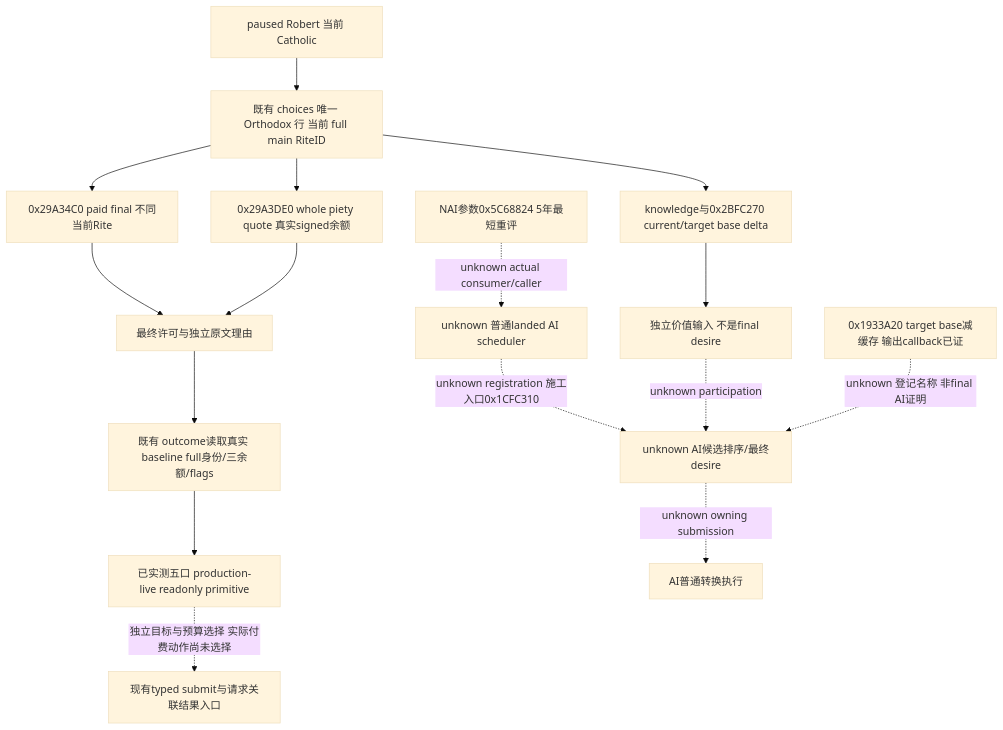
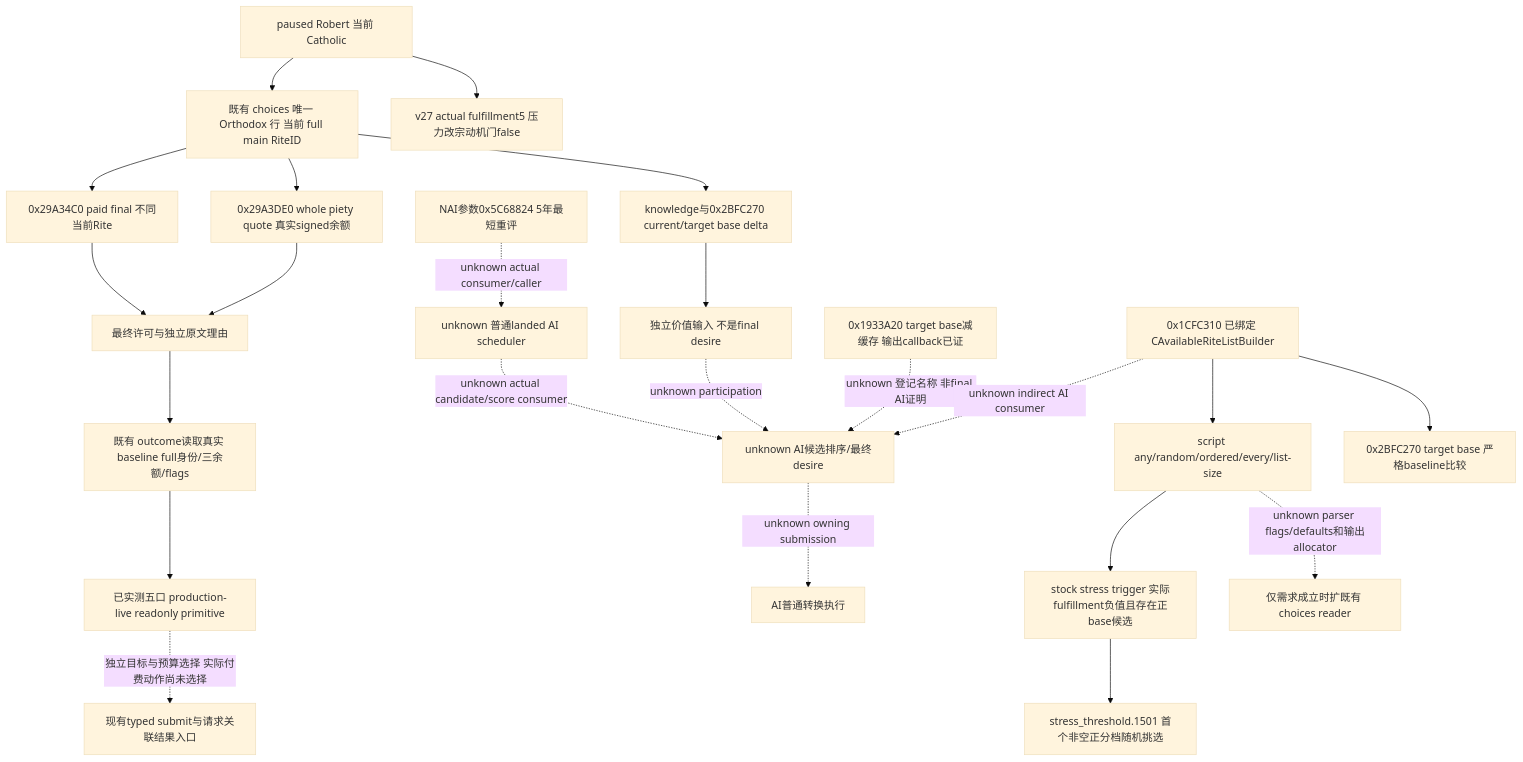
One commit to XenoAmess/ck3_eternal_recurrence changed the diagram in docs/ck3-native-ai/religion-conversion-native-ai-12003.md. Above: the diagram before and after it, drawn with Mermaid (base theme). The commit also changed other lines of this file and 13 other files, not shown here.

````diff
--- a/docs/ck3-native-ai/religion-conversion-native-ai-12003.md
+++ b/docs/ck3-native-ai/religion-conversion-native-ai-12003.md
@@ -79,18 +93,25 @@
 ```mermaid
 flowchart TD
     R[paused Robert 当前 Catholic] --> C[既有 choices 唯一 Orthodox 行 当前 full main RiteID]
     C --> G[0x29A34C0 paid final 不同当前Rite]
     C --> P[0x29A3DE0 whole piety quote 真实signed余额]
     C --> I[knowledge与0x2BFC270 current/target base delta]
     G --> T[最终许可与独立原文理由]
     P --> T
     I --> V[独立价值输入 不是final desire]
     T --> B[既有 outcome读取真实 baseline full身份/三余额/flags]
     B --> L[已实测五口 production-live readonly primitive]
     D[NAI参数0x5C68824 5年最短重评] -. unknown actual consumer/caller .-> S[unknown 普通landed AI scheduler]
-    S -. unknown registration 施工入口0x1CFC310 .-> A[unknown AI候选排序/最终desire]
+    S -. unknown actual candidate/score consumer .-> A[unknown AI候选排序/最终desire]
     V -. unknown participation .-> A
     A -. unknown owning submission .-> O[AI普通转换执行]
     U[0x1933A20 target base减缓存 输出callback已证] -. unknown 登记名称 非final AI证明 .-> A
+    K[0x1CFC310 已绑定 CAvailableRiteListBuilder] --> Q[script any/random/ordered/every/list-size]
+    K --> F[0x2BFC270 target base 严格baseline比较]
+    Q --> H[stock stress trigger 实际fulfillment负值且存在正base候选]
+    H --> J[stress_threshold.1501 首个非空正分档随机挑选]
+    R --> N[v27 actual fulfillment5 压力改宗动机门false]
+    K -. unknown indirect AI consumer .-> A
+    Q -. unknown parser flags/defaults和输出allocator .-> W[仅需求成立时扩既有 choices reader]
     L -. 独立目标与预算选择 实际付费动作尚未选择 .-> X[现有typed submit与请求关联结果入口]
 ```
````
